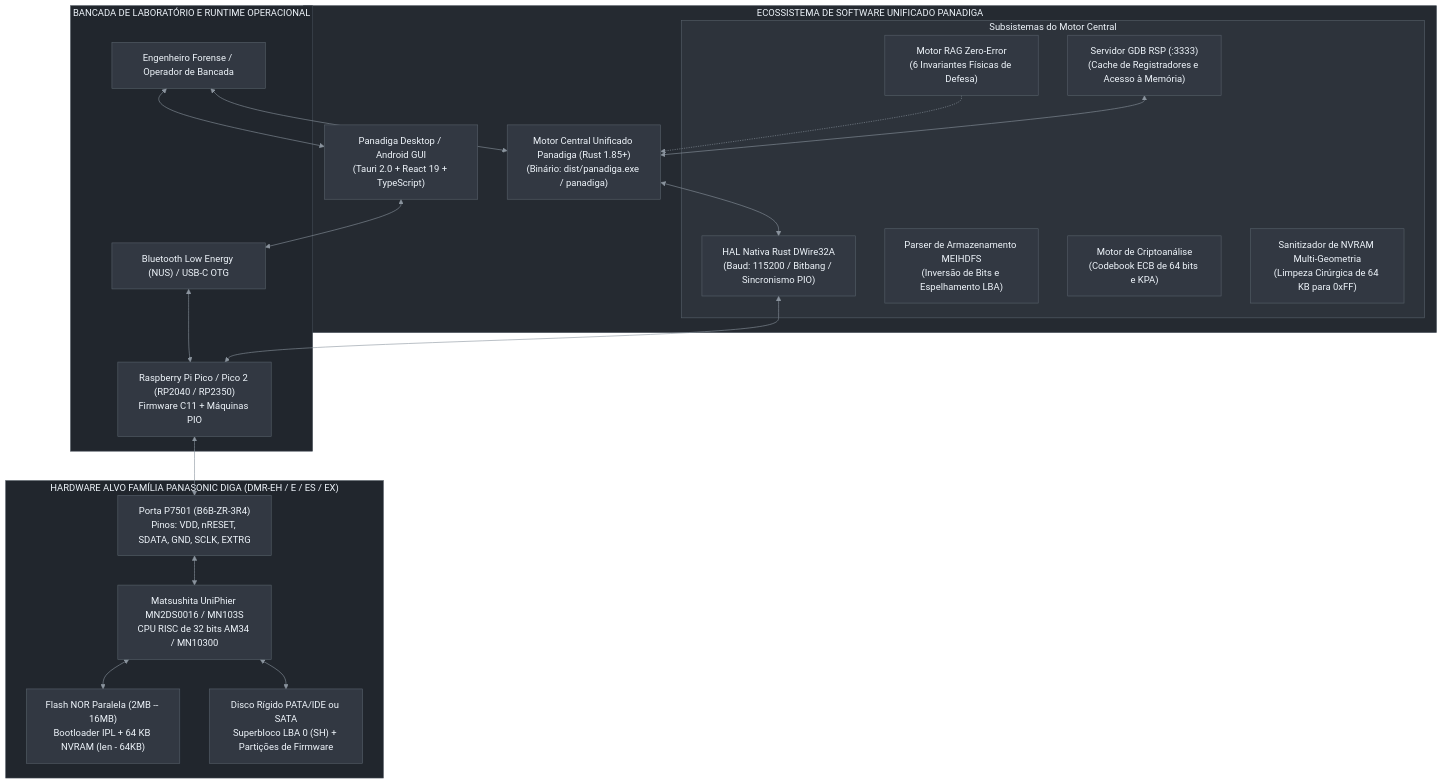
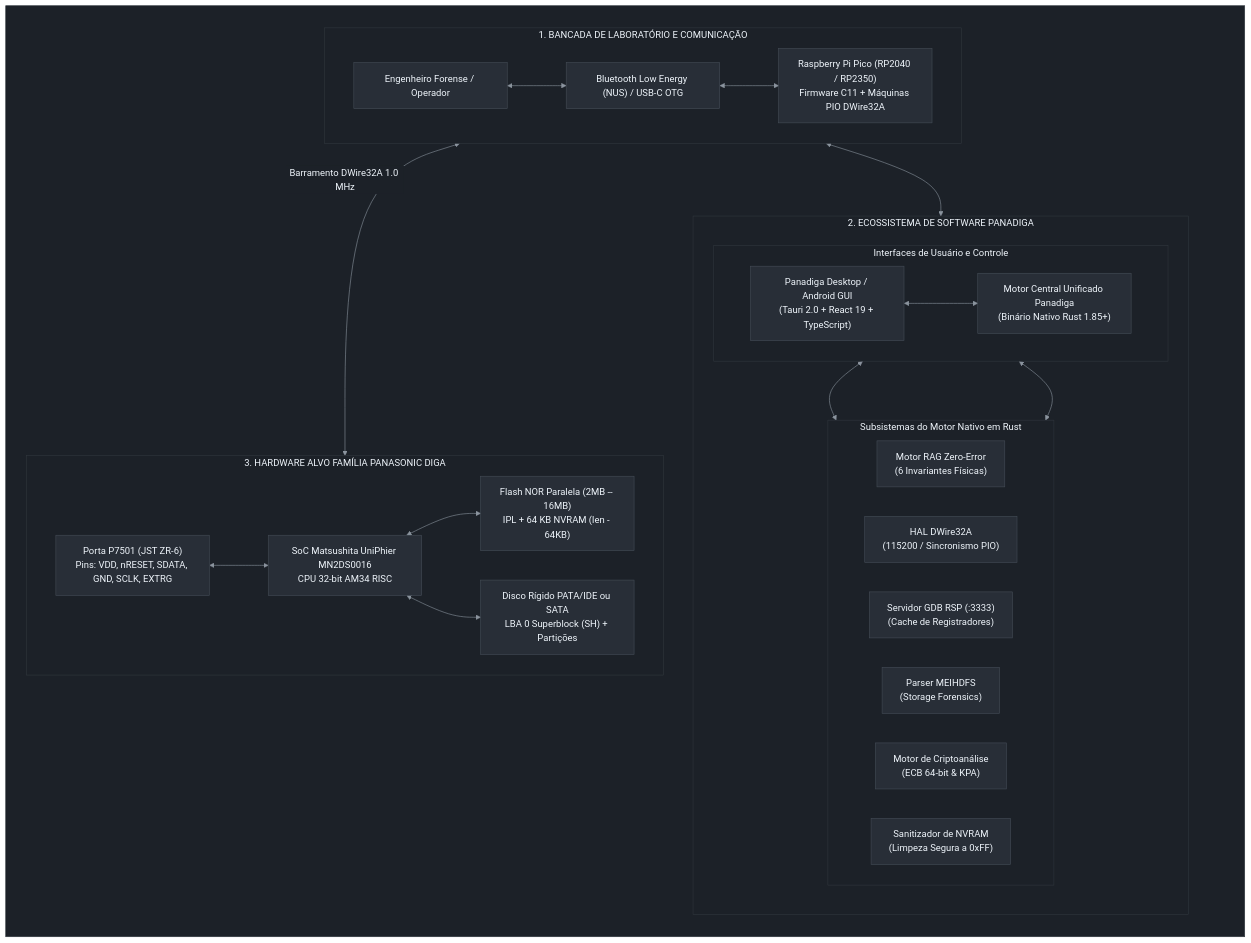
Before and after one commit to danielchrono/Panadiga: the diagram in README.pt-BR.md, drawn with Mermaid. The commit also changed other lines of this file and 7 other files, not shown here.

Commit message:
style(docs): homogeneous grey mermaid canvas, neutral auditor naming, and file cleanups

````diff
--- a/README.pt-BR.md
+++ b/README.pt-BR.md
@@ -41,68 +41,77 @@
 ```mermaid
 %%{init: {
   'theme': 'base',
   'themeVariables': {
-    'background': '#21262d',
-    'primaryColor': '#2d333b',
+    'background': '#1c2128',
+    'primaryColor': '#282e37',
     'primaryTextColor': '#f0f6fc',
     'primaryBorderColor': '#444c56',
     'lineColor': '#8b949e',
     'secondaryColor': '#1c2128',
-    'tertiaryColor': '#252a31',
-    'clusterBkg': '#21262d',
-    'clusterBorder': '#444c56',
+    'tertiaryColor': '#1c2128',
+    'clusterBkg': '#1c2128',
+    'clusterBorder': '#30363d',
     'defaultLinkColor': '#8b949e',
     'titleColor': '#f0f6fc',
-    'edgeLabelBackground': '#21262d'
+    'edgeLabelBackground': '#1c2128'
   }
 }}%%
 flowchart TD
-    subgraph LAB_BENCH["BANCADA DE LABORATÓRIO E RUNTIME OPERACIONAL"]
-        USER["Engenheiro Forense / Operador de Bancada"]
-        PICO["Raspberry Pi Pico / Pico 2 (RP2040 / RP2350)<br/>Firmware C11 + Máquinas PIO"]
-        BLE["Bluetooth Low Energy (NUS) / USB-C OTG"]
+    subgraph MASTER[" "]
+        direction TB
+
+        subgraph LAB_BENCH["1. BANCADA DE LABORATÓRIO E COMUNICAÇÃO"]
+            direction LR
+            USER["Engenheiro Forense / Operador"]
+            BLE["Bluetooth Low Energy (NUS) / USB-C OTG"]
+            PICO["Raspberry Pi Pico (RP2040 / RP2350)<br/>Firmware C11 + Máquinas PIO DWire32A"]
+            USER <--> BLE <--> PICO
+        end
+
+        subgraph SOFTWARE_SUITE["2. ECOSSISTEMA DE SOFTWARE PANADIGA"]
+            direction TB
+            subgraph UI_TIER["Interfaces de Usuário e Controle"]
+                direction LR
+                GUI["Panadiga Desktop / Android GUI<br/>(Tauri 2.0 + React 19 + TypeScript)"]
+                CLI["Motor Central Unificado Panadiga<br/>(Binário Nativo Rust 1.85+)"]
+                GUI <--> CLI
+            end
+
+            subgraph CORE_MODULES["Subsistemas do Motor Nativo em Rust"]
+                direction LR
+                RAG["Motor RAG Zero-Error<br/>(6 Invariantes Físicas)"]
+                DW_HAL["HAL DWire32A<br/>(115200 / Sincronismo PIO)"]
+                GDB_SRV["Servidor GDB RSP (:3333)<br/>(Cache de Registradores)"]
+                MEIHDFS["Parser MEIHDFS<br/>(Storage Forensics)"]
+                CRYPTO["Motor de Criptoanálise<br/>(ECB 64-bit & KPA)"]
+                NVRAM["Sanitizador de NVRAM<br/>(Limpeza Segura a 0xFF)"]
+            end
+        end
+
+        subgraph TARGET_HARDWARE["3. HARDWARE ALVO FAMÍLIA PANASONIC DIGA"]
+            direction LR
+            P7501["Porta P7501 (JST ZR-6)<br/>Pins: VDD, nRESET, SDATA, GND, SCLK, EXTRG"]
+            AM34["SoC Matsushita UniPhier MN2DS0016<br/>CPU 32-bit AM34 RISC"]
+            FLASH["Flash NOR Paralela (2MB -- 16MB)<br/>IPL + 64 KB NVRAM (len - 64KB)"]
+            HDD["Disco Rígido PATA/IDE ou SATA<br/>LBA 0 Superblock (SH) + Partições"]
+            P7501 <--> AM34
+            AM34 <--> FLASH
+            AM34 <--> HDD
+        end
+
+        PICO <-->|"Barramento DWire32A 1.0 MHz"| P7501
+        UI_TIER <--> CORE_MODULES
+        BLE <--> GUI
+        CLI <--> DW_HAL
     end
 
-    subgraph PANADIGA_SUITE["ECOSSISTEMA DE SOFTWARE UNIFICADO PANADIGA"]
-        GUI["Panadiga Desktop / Android GUI<br/>(Tauri 2.0 + React 19 + TypeScript)"]
-        CLI["Motor Central Unificado Panadiga (Rust 1.85+)<br/>(Binário: dist/panadiga.exe / panadiga)"]
-        
-        subgraph CORE_MODULES["Subsistemas do Motor Central"]
-            RAG["Motor RAG Zero-Error<br/>(6 Invariantes Físicas de Defesa)"]
-            DW_HAL["HAL Nativa Rust DWire32A<br/>(Baud: 115200 / Bitbang / Sincronismo PIO)"]
-            GDB_SRV["Servidor GDB RSP (:3333)<br/>(Cache de Registradores e Acesso à Memória)"]
-            MEIHDFS["Parser de Armazenamento MEIHDFS<br/>(Inversão de Bits e Espelhamento LBA)"]
-            CRYPTO["Motor de Criptoanálise<br/>(Codebook ECB de 64 bits e KPA)"]
-            NVRAM["Sanitizador de NVRAM Multi-Geometria<br/>(Limpeza Cirúrgica de 64 KB para 0xFF)"]
-        end
-    end
+    style MASTER fill:#1c2128,stroke:#30363d,stroke-width:1px
+    style LAB_BENCH fill:#1c2128,stroke:#30363d,stroke-width:1px,color:#f0f6fc
+    style SOFTWARE_SUITE fill:#1c2128,stroke:#30363d,stroke-width:1px,color:#f0f6fc
+    style UI_TIER fill:#1c2128,stroke:#30363d,stroke-width:1px,color:#f0f6fc
+    style CORE_MODULES fill:#1c2128,stroke:#30363d,stroke-width:1px,color:#f0f6fc
+    style TARGET_HARDWARE fill:#1c2128,stroke:#30363d,stroke-width:1px,color:#f0f6fc
 
-    subgraph TARGET_HARDWARE["HARDWARE ALVO FAMÍLIA PANASONIC DIGA (DMR-EH / E / ES / EX)"]
-        P7501["Porta P7501 (B6B-ZR-3R4)<br/>Pinos: VDD, nRESET, SDATA, GND, SCLK, EXTRG"]
-        AM34["Matsushita UniPhier MN2DS0016 / MN103S<br/>CPU RISC de 32 bits AM34 / MN10300"]
-        FLASH["Flash NOR Paralela (2MB -- 16MB)<br/>Bootloader IPL + 64 KB NVRAM (len - 64KB)"]
-        HDD["Disco Rígido PATA/IDE ou SATA<br/>Superbloco LBA 0 (SH) + Partições de Firmware"]
-    end
-
-    USER <--> GUI
-    USER <--> CLI
-    GUI <--> BLE
-    CLI <--> DW_HAL
-    BLE <--> PICO
-    PICO <--> P7501
-    P7501 <--> AM34
-    AM34 <--> FLASH
-    AM34 <--> HDD
-
-    GDB_SRV <--> CLI
-    DW_HAL <--> PICO
-    RAG -.-> CLI
-
-    style LAB_BENCH fill:#21262d,stroke:#444c56,stroke-width:1px,color:#f0f6fc
-    style PANADIGA_SUITE fill:#252a31,stroke:#444c56,stroke-width:1px,color:#f0f6fc
-    style CORE_MODULES fill:#2d333b,stroke:#57606a,stroke-width:1px,color:#f0f6fc
-    style TARGET_HARDWARE fill:#21262d,stroke:#444c56,stroke-width:1px,color:#f0f6fc
-
-    classDef greyBox fill:#323842,stroke:#57606a,color:#f0f6fc,stroke-width:1px;
-    class USER,PICO,BLE,GUI,CLI,RAG,DW_HAL,GDB_SRV,MEIHDFS,CRYPTO,NVRAM,P7501,AM34,FLASH,HDD greyBox;
+    classDef greyBox fill:#282e37,stroke:#444c56,color:#f0f6fc,stroke-width:1px;
+    class USER,BLE,PICO,GUI,CLI,RAG,DW_HAL,GDB_SRV,MEIHDFS,CRYPTO,NVRAM,P7501,AM34,FLASH,HDD greyBox;
 ```
````
